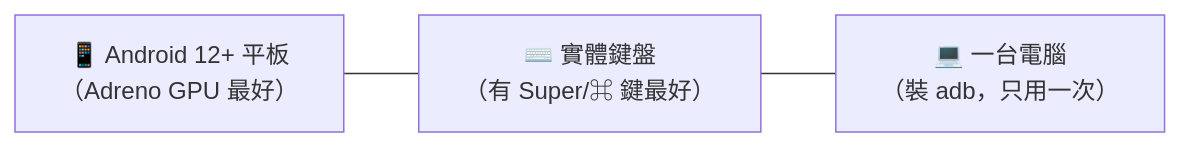
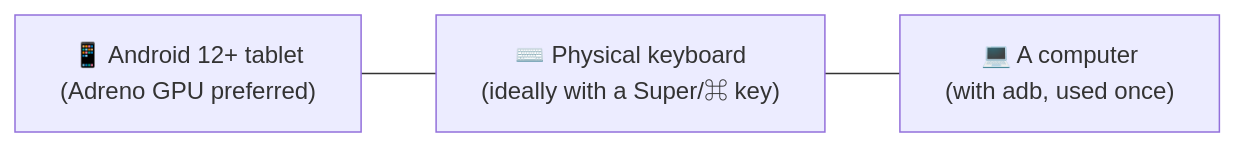
One commit to ian902792/omarchy-pad changed the second of 7 diagrams in README.md. Above: the diagram before and after it, drawn with Mermaid. The commit also changed other lines of this file and 1 other file, not shown here.

````diff
--- a/README.md
+++ b/README.md
@@ -45,4 +45,4 @@
 ```mermaid
 flowchart LR
-    A["📱 Android 12+ 平板<br>（Adreno GPU 最好）"] --- B["⌨️ 實體鍵盤<br>（有 Super/⌘ 鍵最好）"] --- C["💻 一台電腦<br>（裝 adb，只用一次）"]
+    A["📱 Android 12+ tablet<br>(Adreno GPU preferred)"] --- B["⌨️ Physical keyboard<br>(ideally with a Super/⌘ key)"] --- C["💻 A computer<br>(with adb, used once)"]
 ```
````
